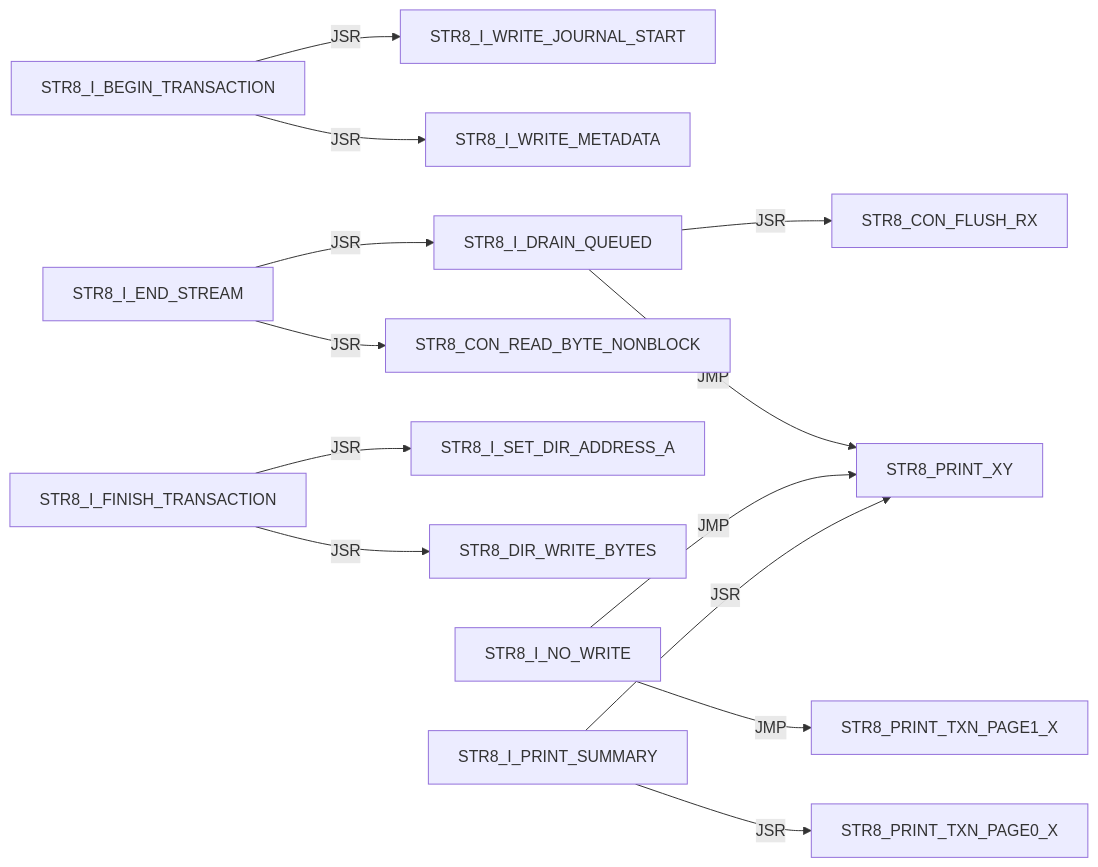
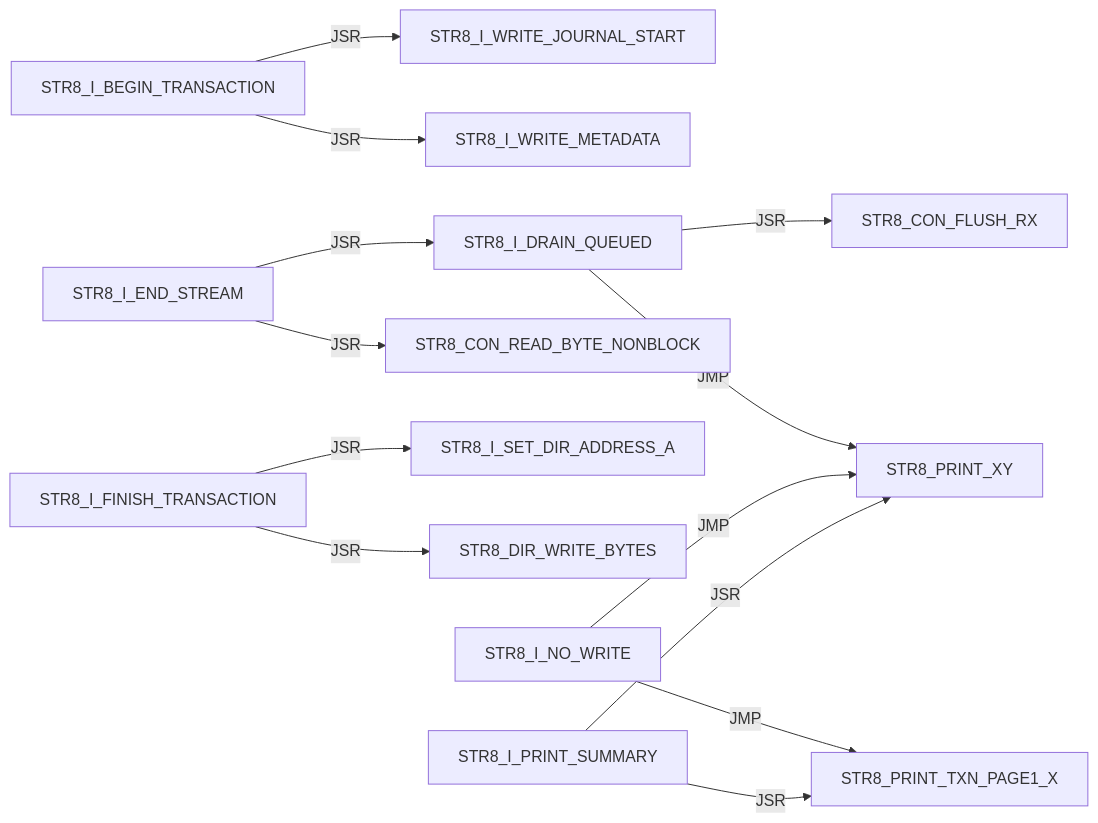
Before and after one commit to 95westus/R-YORS: diagram 15 of 43 in DOC/GUIDES/STR8/STR8_EDGE_DUMP.md, drawn with Mermaid. The commit also changed other lines of this file and 24 other files, not shown here.

````diff
--- a/DOC/GUIDES/STR8/STR8_EDGE_DUMP.md
+++ b/DOC/GUIDES/STR8/STR8_EDGE_DUMP.md
@@ -209,15 +209,15 @@
 ```mermaid
 flowchart LR
     N0["STR8_I_BEGIN_TRANSACTION"] -->|JSR| N1["STR8_I_WRITE_JOURNAL_START"]
     N0["STR8_I_BEGIN_TRANSACTION"] -->|JSR| N2["STR8_I_WRITE_METADATA"]
     N3["STR8_I_DRAIN_QUEUED"] -->|JSR| N4["STR8_CON_FLUSH_RX"]
     N3["STR8_I_DRAIN_QUEUED"] -->|JMP| N5["STR8_PRINT_XY"]
     N6["STR8_I_END_STREAM"] -->|JSR| N7["STR8_CON_READ_BYTE_NONBLOCK"]
     N6["STR8_I_END_STREAM"] -->|JSR| N3["STR8_I_DRAIN_QUEUED"]
     N8["STR8_I_FINISH_TRANSACTION"] -->|JSR| N9["STR8_I_SET_DIR_ADDRESS_A"]
     N8["STR8_I_FINISH_TRANSACTION"] -->|JSR| N10["STR8_DIR_WRITE_BYTES"]
     N11["STR8_I_NO_WRITE"] -->|JMP| N12["STR8_PRINT_TXN_PAGE1_X"]
     N11["STR8_I_NO_WRITE"] -->|JMP| N5["STR8_PRINT_XY"]
-    N13["STR8_I_PRINT_SUMMARY"] -->|JSR| N14["STR8_PRINT_TXN_PAGE0_X"]
+    N13["STR8_I_PRINT_SUMMARY"] -->|JSR| N12["STR8_PRINT_TXN_PAGE1_X"]
     N13["STR8_I_PRINT_SUMMARY"] -->|JSR| N5["STR8_PRINT_XY"]
 ```
````
